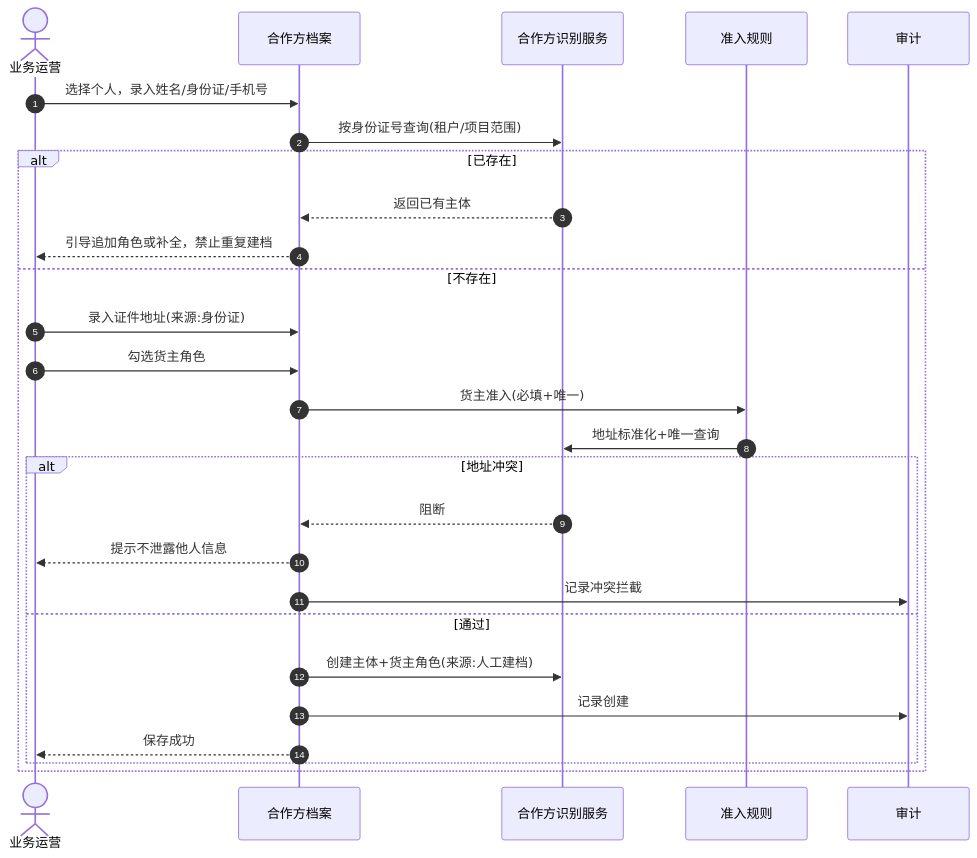
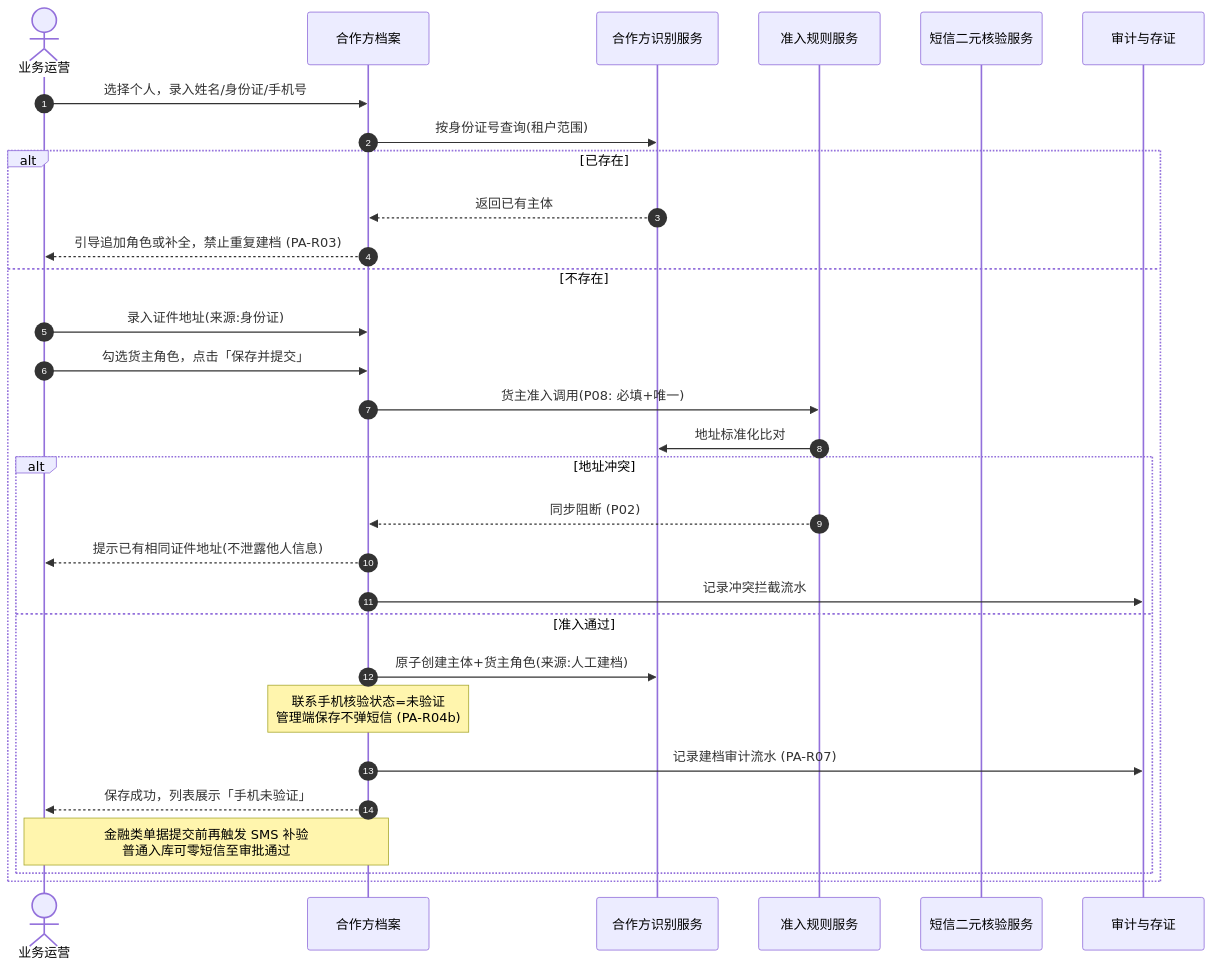
The third of 8 diagrams in 02-PRD文档/B-迭代需求/6.3版本（2026.09）/04-合作方档案/合作方档案-业务流程推演.md (RobertHuang999/SYZC), drawn with Mermaid before and after one commit. The commit also changed other lines of this file and 95 other files, not shown here.

````diff
--- a/02-PRD文档/B-迭代需求/6.3版本（2026.09）/04-合作方档案/合作方档案-业务流程推演.md
+++ b/02-PRD文档/B-迭代需求/6.3版本（2026.09）/04-合作方档案/合作方档案-业务流程推演.md
@@ -98,30 +115,33 @@
 ```mermaid
 sequenceDiagram
     autonumber
     actor Op as 业务运营
     participant PA as 合作方档案
     participant PS as 合作方识别服务
-    participant Rule as 准入规则
-    participant Audit as 审计
+    participant Rule as 准入规则服务
+    participant SMS as 短信二元核验服务
+    participant Audit as 审计与存证
 
     Op->>PA: 选择个人，录入姓名/身份证/手机号
-    PA->>PS: 按身份证号查询(租户/项目范围)
+    PA->>PS: 按身份证号查询(租户范围)
     alt 已存在
         PS-->>PA: 返回已有主体
-        PA-->>Op: 引导追加角色或补全，禁止重复建档
+        PA-->>Op: 引导追加角色或补全，禁止重复建档 (PA-R03)
     else 不存在
         Op->>PA: 录入证件地址(来源:身份证)
-        Op->>PA: 勾选货主角色
-        PA->>Rule: 货主准入(必填+唯一)
-        Rule->>PS: 地址标准化+唯一查询
+        Op->>PA: 勾选货主角色，点击「保存并提交」
+        PA->>Rule: 货主准入调用(P08: 必填+唯一)
+        Rule->>PS: 地址标准化比对
         alt 地址冲突
-            PS-->>PA: 阻断
-            PA-->>Op: 提示不泄露他人信息
-            PA->>Audit: 记录冲突拦截
-        else 通过
-            PA->>PS: 创建主体+货主角色(来源:人工建档)
-            PA->>Audit: 记录创建
-            PA-->>Op: 保存成功
+            Rule-->>PA: 同步阻断 (P02)
+            PA-->>Op: 提示已有相同证件地址(不泄露他人信息)
+            PA->>Audit: 记录冲突拦截流水
+        else 准入通过
+            PA->>PS: 原子创建主体+货主角色(来源:人工建档)
+            Note over PA: 联系手机核验状态=未验证<br/>管理端保存不弹短信 (PA-R04b)
+            PA->>Audit: 记录建档审计流水 (PA-R07)
+            PA-->>Op: 保存成功，列表展示「手机未验证」
+            Note over Op,PA: 金融类单据提交前再触发 SMS 补验<br/>普通入库可零短信至审批通过
         end
     end
 ```
````
